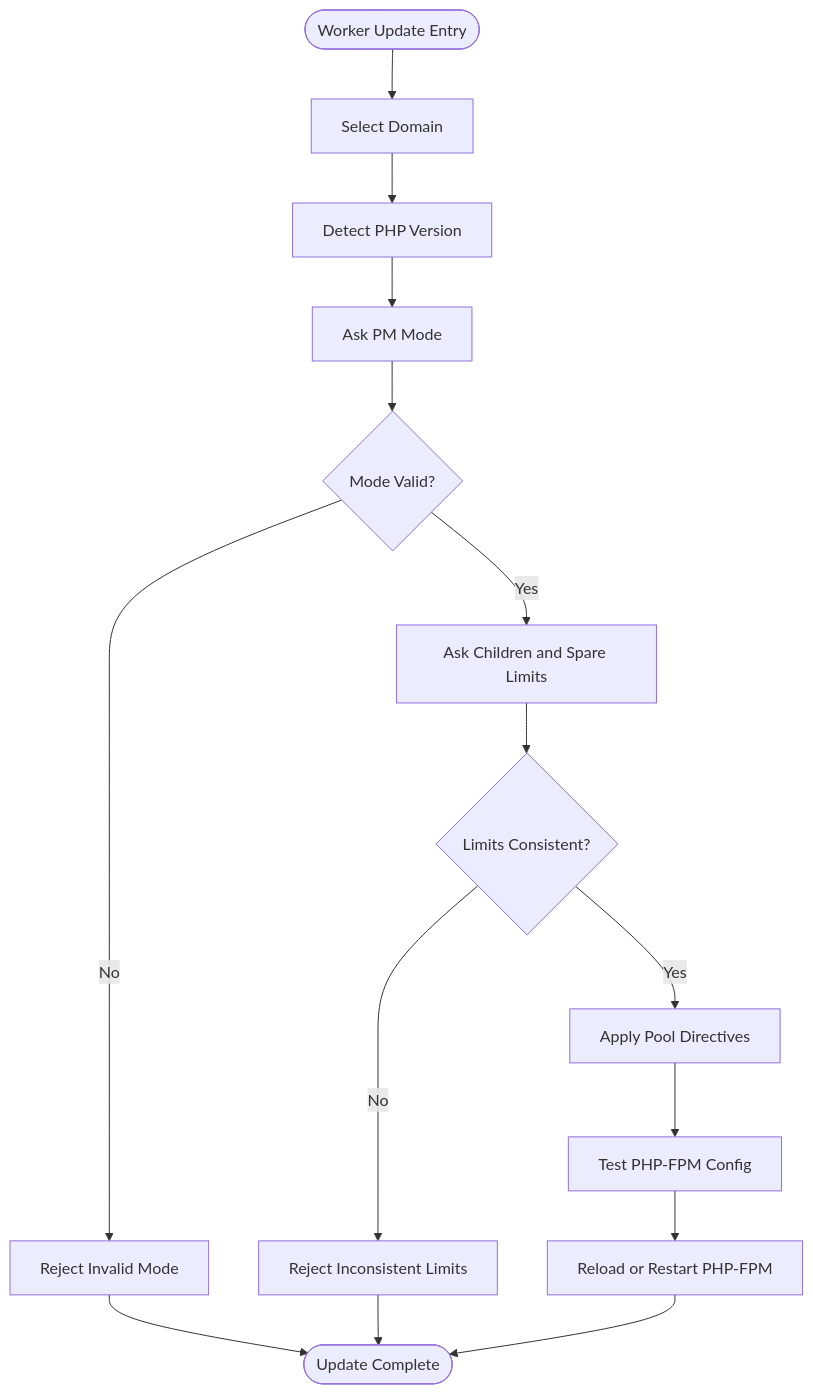
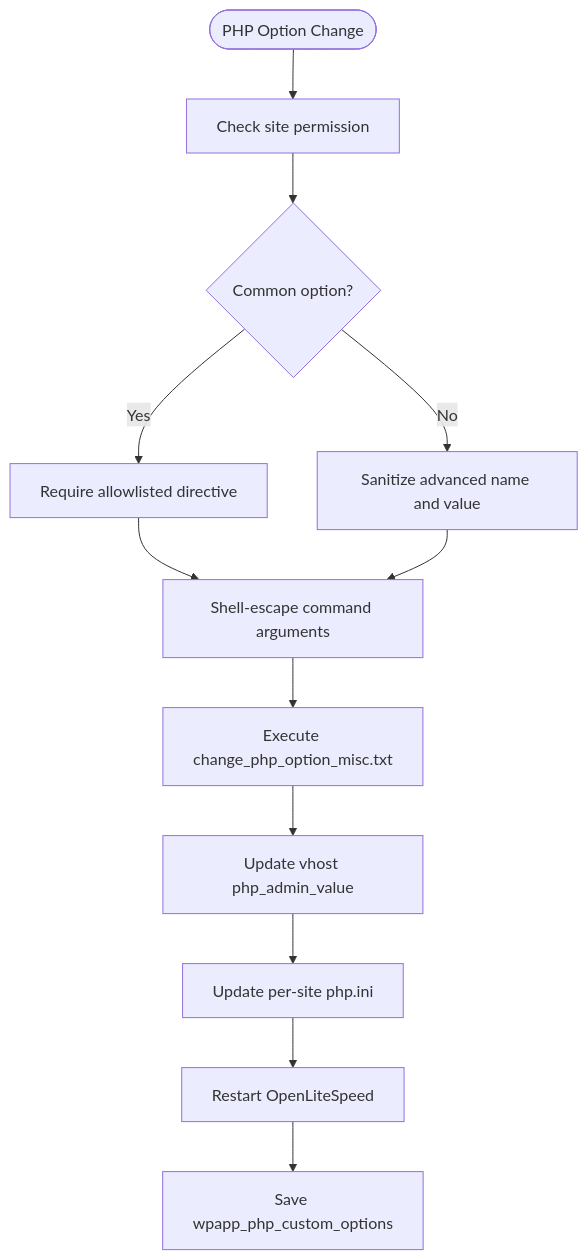
The third of 4 diagrams in .qoder/repowiki/en/content/Operational Tools/Performance Optimization Tools/PHP Performance Tuning.md (onedogsolutions/simple-stack), drawn with Mermaid before and after one commit. The commit also changed other lines of this file and 5941 other files, not shown here.

````diff
--- a/.qoder/repowiki/en/content/Operational Tools/Performance Optimization Tools/PHP Performance Tuning.md
+++ b/.qoder/repowiki/en/content/Operational Tools/Performance Optimization Tools/PHP Performance Tuning.md
@@ -156,17 +187,14 @@
 ```mermaid
 flowchart TD
-Start(["Worker Update Entry"]) --> SelectDomain["Select Domain"]
-SelectDomain --> GetVersion["Detect PHP Version"]
-GetVersion --> AskMode["Ask PM Mode"]
-AskMode --> ValidateMode{"Mode Valid?"}
-ValidateMode --> |No| RejectMode["Reject Invalid Mode"]
-ValidateMode --> |Yes| AskLimits["Ask Children and Spare Limits"]
-AskLimits --> ValidateLimits{"Limits Consistent?"}
-ValidateLimits --> |No| RejectLimits["Reject Inconsistent Limits"]
-ValidateLimits --> |Yes| ApplyChanges["Apply Pool Directives"]
-ApplyChanges --> TestConfig["Test PHP-FPM Config"]
-TestConfig --> ReloadService["Reload or Restart PHP-FPM"]
-ReloadService --> End(["Update Complete"])
-RejectMode --> End
-RejectLimits --> End
+    Start(["PHP Option Change"]) --> Validate["Check site permission"]
+    Validate --> Common{"Common option?"}
+    Common --> |Yes| Allowlist["Require allowlisted directive"]
+    Common --> |No| Advanced["Sanitize advanced name and value"]
+    Allowlist --> Escape["Shell-escape command arguments"]
+    Advanced --> Escape
+    Escape --> Execute["Execute change_php_option_misc.txt"]
+    Execute --> Vhost["Update vhost php_admin_value"]
+    Vhost --> SiteIni["Update per-site php.ini"]
+    SiteIni --> Restart["Restart OpenLiteSpeed"]
+    Restart --> Save["Save wpapp_php_custom_options"]
 ```
````
